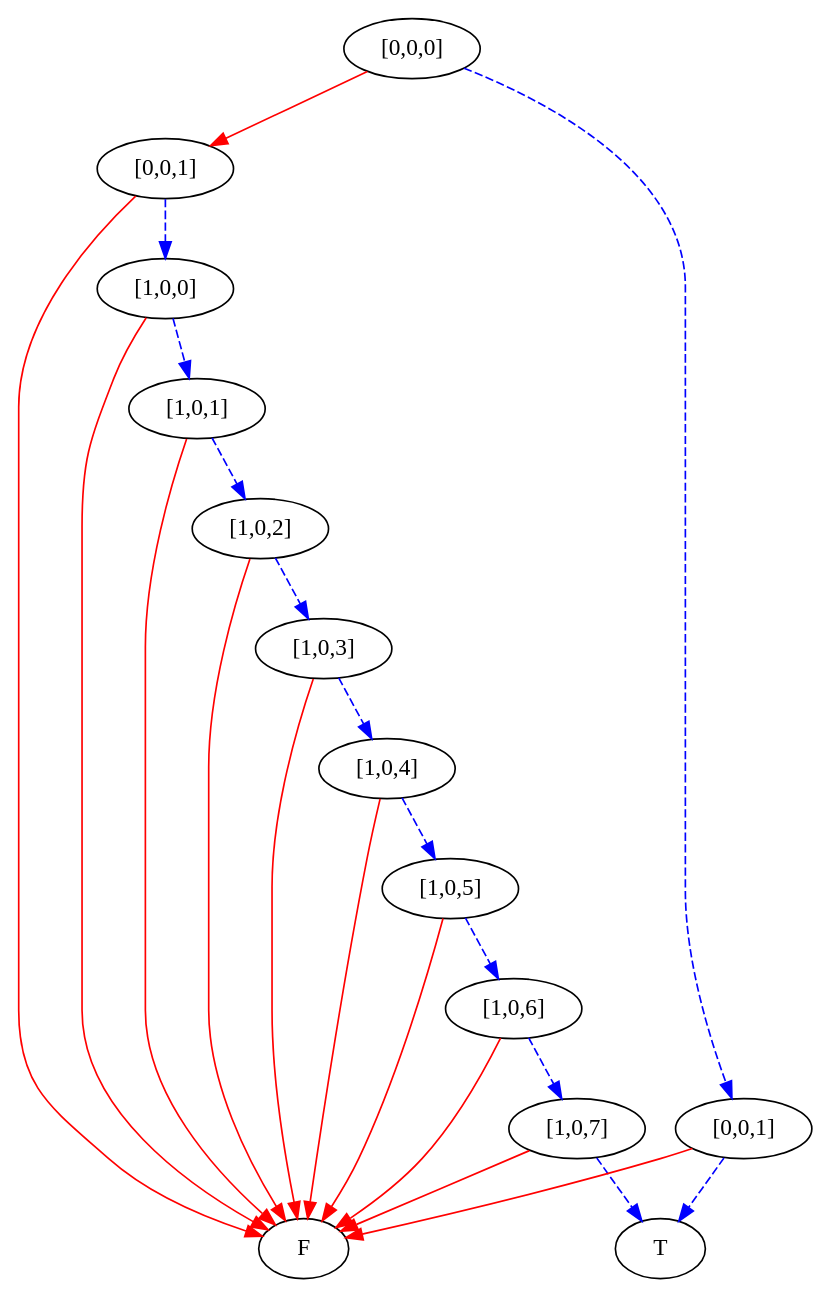
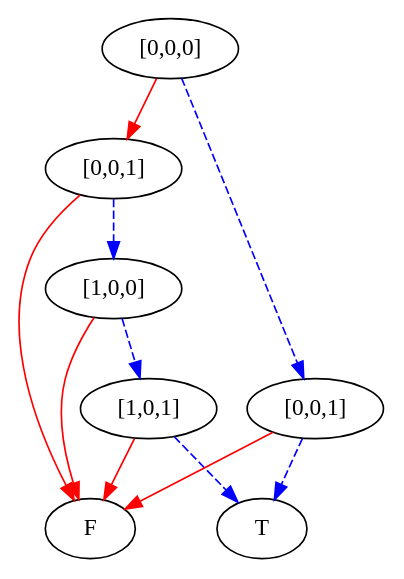
The diagram in simpleProgram5states.dot (mburyakov/minxmod), drawn with Graphviz before and after one commit. The commit also changed 1 other file, not shown here.

```diff
--- a/simpleProgram5states.dot
+++ b/simpleProgram5states.dot
@@ -1,48 +1,24 @@
 digraph {
     1 [label=F];
     2 [label=T];
-    3 [label="[1,0,7]"];
-    4 [label="[1,0,6]"];
-    5 [label="[1,0,5]"];
-    6 [label="[1,0,4]"];
-    7 [label="[1,0,3]"];
-    8 [label="[1,0,2]"];
-    9 [label="[1,0,1]"];
-    10 [label="[1,0,0]"];
-    11 [label="[0,0,1]"];
-    12 [label="[0,0,1]"];
-    13 [label="[0,0,0]"];
+    3 [label="[1,0,1]"];
+    4 [label="[1,0,0]"];
+    5 [label="[0,0,1]"];
+    6 [label="[0,0,1]"];
+    7 [label="[0,0,0]"];
     3 -> 2 [style=dashed
            ,color=blue];
     3 -> 1 [color=red];
     4 -> 3 [style=dashed
            ,color=blue];
     4 -> 1 [color=red];
     5 -> 4 [style=dashed
            ,color=blue];
     5 -> 1 [color=red];
-    6 -> 5 [style=dashed
+    6 -> 2 [style=dashed
            ,color=blue];
     6 -> 1 [color=red];
+    7 -> 5 [color=red];
     7 -> 6 [style=dashed
            ,color=blue];
-    7 -> 1 [color=red];
-    8 -> 7 [style=dashed
-           ,color=blue];
-    8 -> 1 [color=red];
-    9 -> 8 [style=dashed
-           ,color=blue];
-    9 -> 1 [color=red];
-    10 -> 9 [style=dashed
-            ,color=blue];
-    10 -> 1 [color=red];
-    11 -> 10 [style=dashed
-             ,color=blue];
-    11 -> 1 [color=red];
-    12 -> 2 [style=dashed
-            ,color=blue];
-    12 -> 1 [color=red];
-    13 -> 11 [color=red];
-    13 -> 12 [style=dashed
-             ,color=blue];
 }
```
